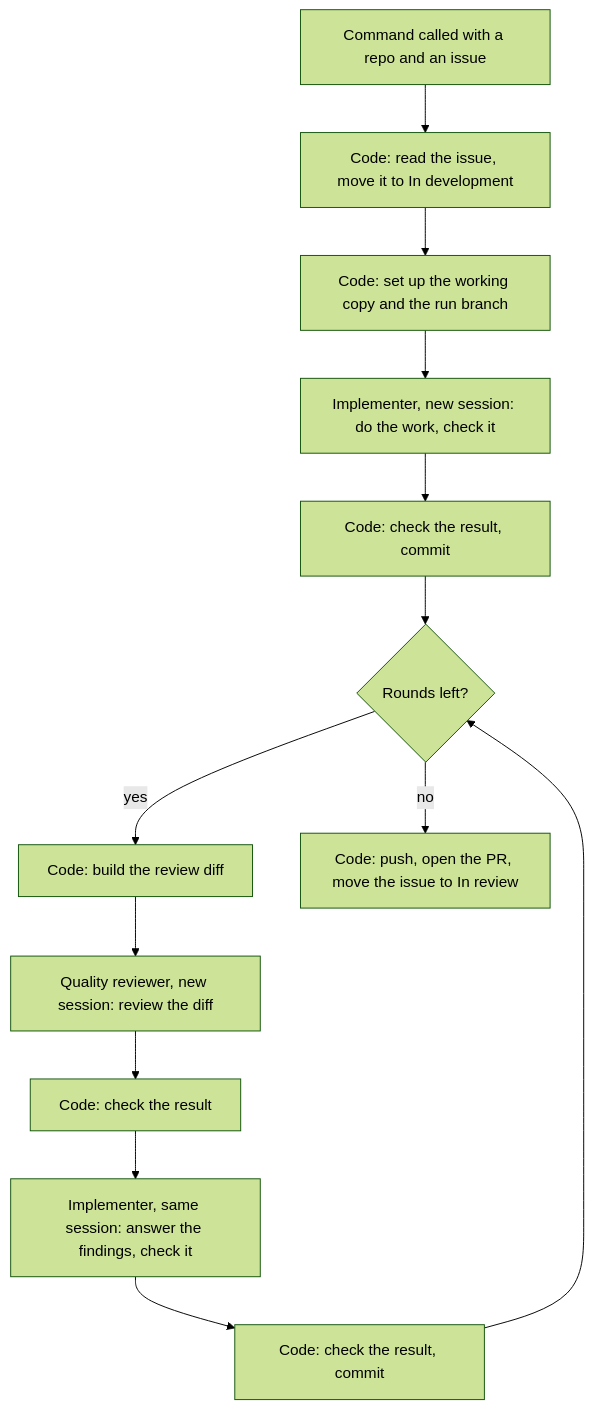
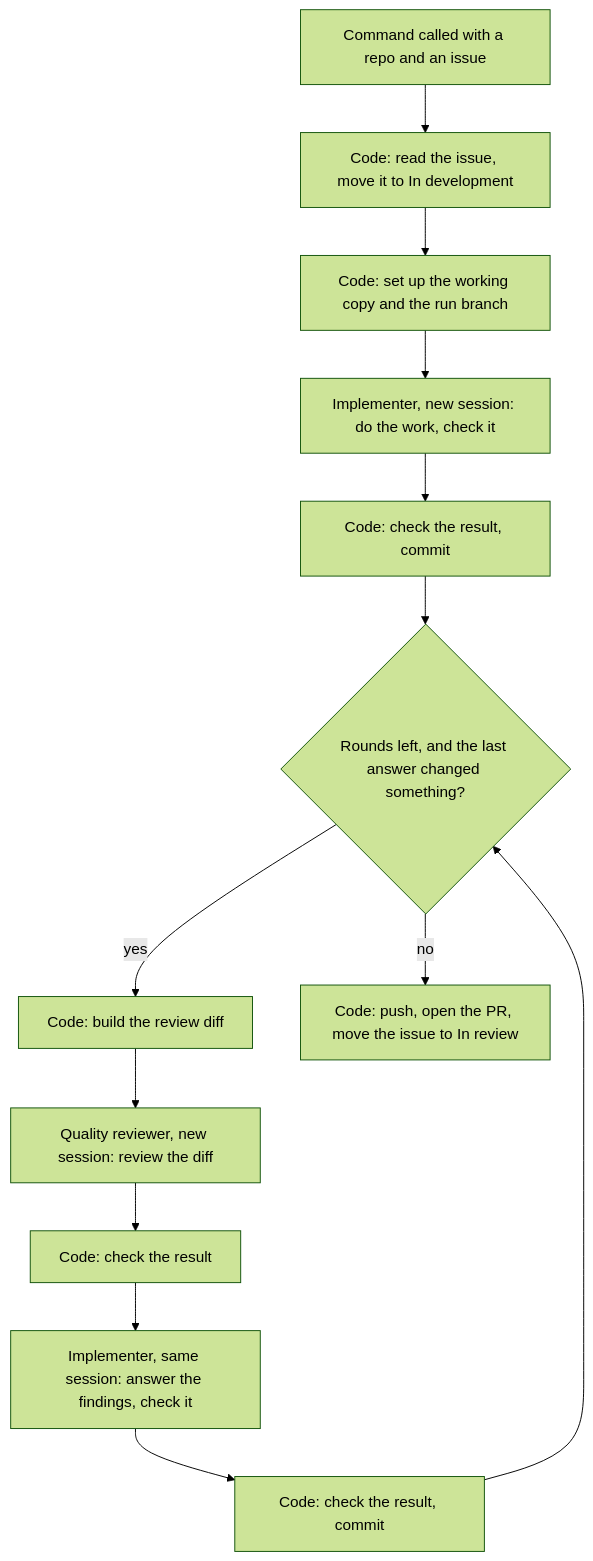
Before and after one commit to nimbusscale/software-factory: the diagram in docs/blueprints/implementation-loop.md, drawn with Mermaid (forest theme). The commit also changed other lines of this file and 3 other files, not shown here.

````diff
--- a/docs/blueprints/implementation-loop.md
+++ b/docs/blueprints/implementation-loop.md
@@ -20,15 +20,15 @@
 ```mermaid
 flowchart TD
     A[Command called with a repo and an issue] --> B[Code: read the issue, move it to In development]
     B --> C[Code: set up the working copy and the run branch]
     C --> D[Implementer, new session: do the work, check it]
     D --> E[Code: check the result, commit]
-    E --> F{Rounds left?}
+    E --> F{Rounds left, and the last answer changed something?}
     F -- yes --> G[Code: build the review diff]
     G --> H[Quality reviewer, new session: review the diff]
     H --> I[Code: check the result]
     I --> J[Implementer, same session: answer the findings, check it]
     J --> K[Code: check the result, commit]
     K --> F
     F -- no --> L[Code: push, open the PR, move the issue to In review]
 ```
````
